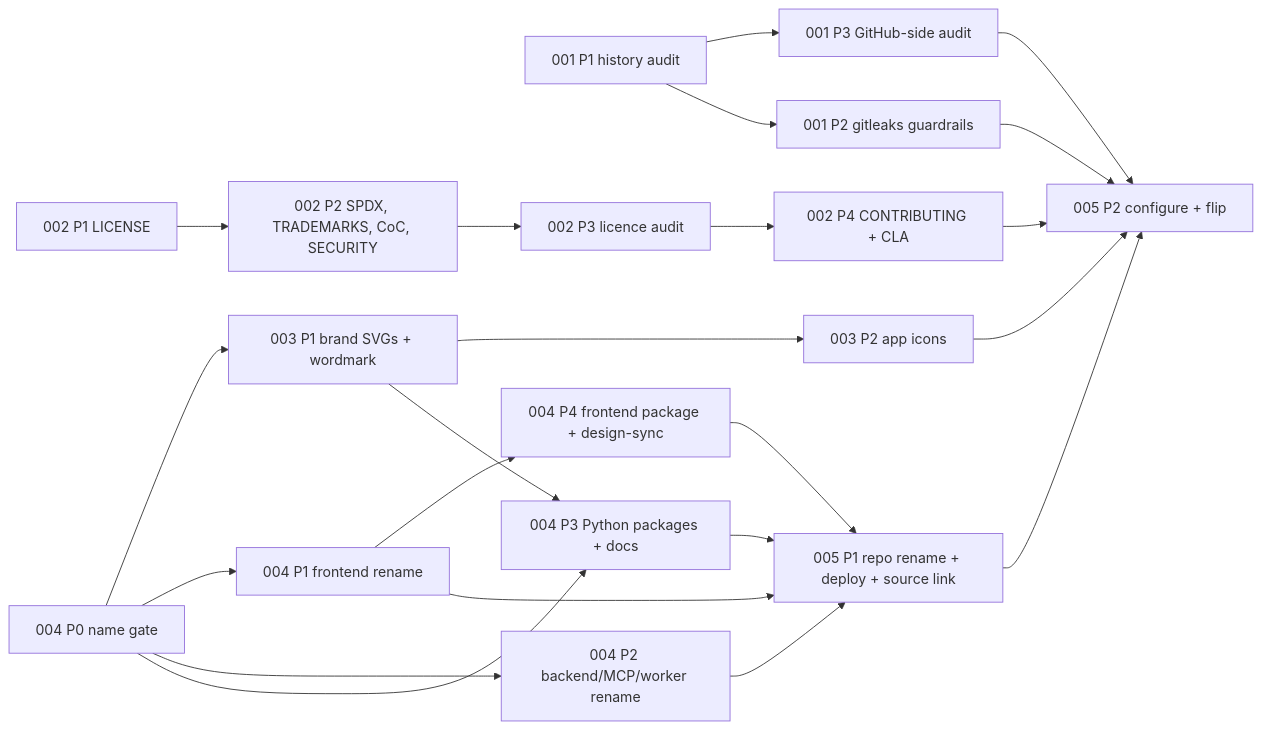
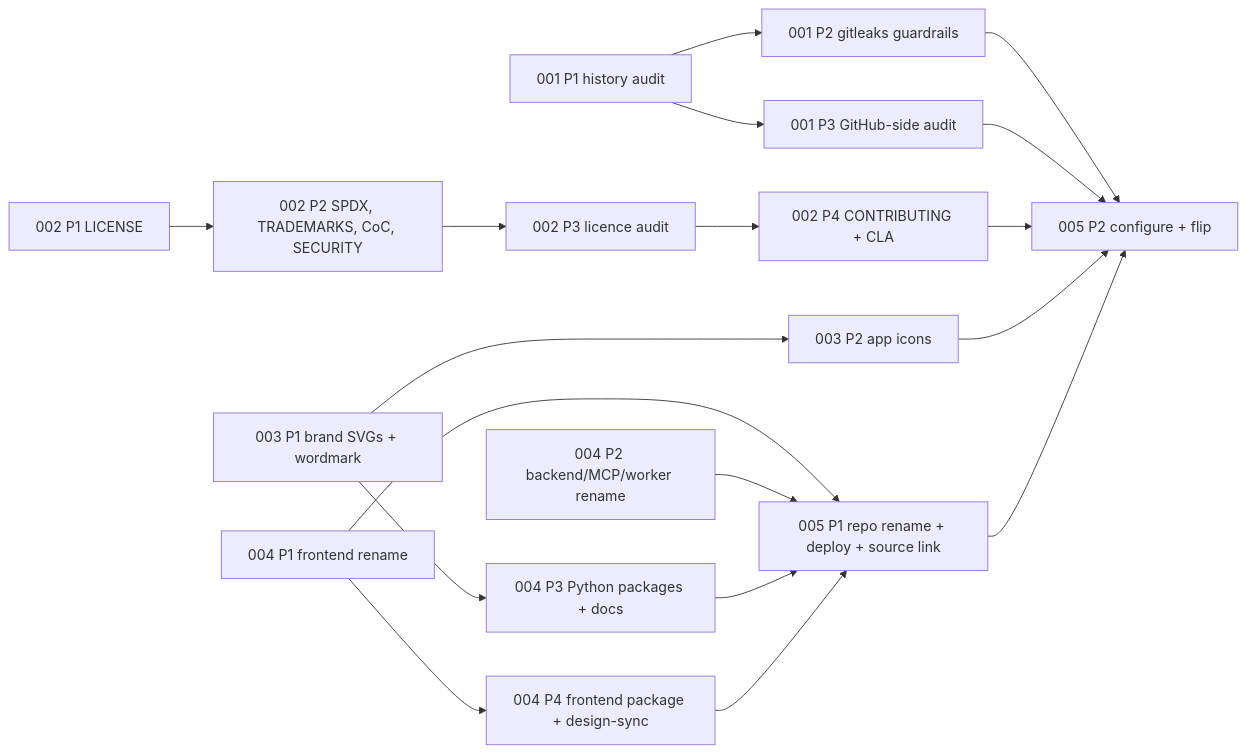
Before and after one commit to hjed/lifecontour: the diagram in docs/tasks/iteration-19-open-source-release-and-branding.md, drawn with Mermaid. The commit also changed other lines of this file and 2 other files, not shown here.

First line of the commit message:
docs: drop the Lifecontour name-adoption gate and domain registration

````diff
--- a/docs/tasks/iteration-19-open-source-release-and-branding.md
+++ b/docs/tasks/iteration-19-open-source-release-and-branding.md
@@ -210,15 +207,13 @@
 ```mermaid
 flowchart LR
   A1[001 P1 history audit] --> A3[001 P3 GitHub-side audit]
   A1 --> A2[001 P2 gitleaks guardrails]
   B1[002 P1 LICENSE] --> B2[002 P2 SPDX, TRADEMARKS, CoC, SECURITY] --> B3[002 P3 licence audit] --> B4[002 P4 CONTRIBUTING + CLA]
-  G[004 P0 name gate] --> C1[003 P1 brand SVGs + wordmark]
-  C1 --> C2[003 P2 app icons]
-  G --> D1[004 P1 frontend rename]
-  G --> D2[004 P2 backend/MCP/worker rename]
+  C1[003 P1 brand SVGs + wordmark] --> C2[003 P2 app icons]
+  D1[004 P1 frontend rename]
+  D2[004 P2 backend/MCP/worker rename]
   C1 --> D3[004 P3 Python packages + docs]
-  G --> D3
   D1 --> D4[004 P4 frontend package + design-sync]
   D1 & D2 & D3 & D4 --> E1[005 P1 repo rename + deploy + source link]
   A2 & A3 & B4 & C2 & E1 --> E2[005 P2 configure + flip]
 ```
````
